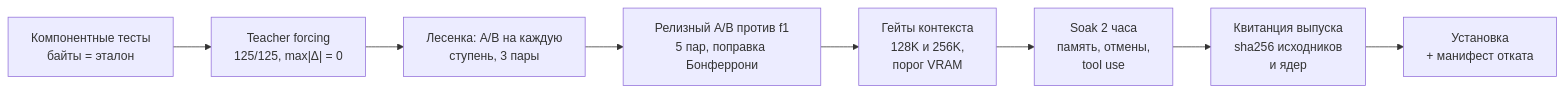
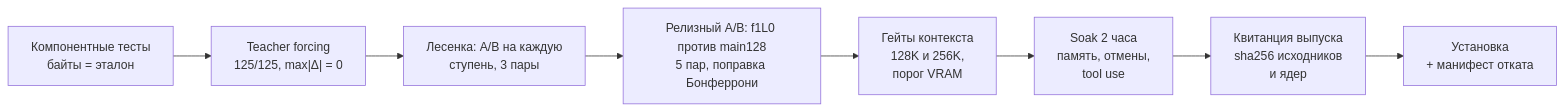
Before and after one commit to SUKUNA-AI/qwen36-moe-16gb: the fourth of 4 diagrams in README.md, drawn with Mermaid. The commit also changed other lines of this file and 15 other files, not shown here.

````diff
--- a/README.md
+++ b/README.md
@@ -542,10 +609,10 @@
 ```mermaid
 flowchart LR
     k["Компонентные тесты<br/>байты = эталон"] --> tf["Teacher forcing<br/>125/125, max|Δ| = 0"]
     tf --> lad["Лесенка: A/B на каждую<br/>ступень, 3 пары"]
-    lad --> ab["Релизный A/B против f1<br/>5 пар, поправка Бонферрони"]
+    lad --> ab["Релизный A/B: f1L0 против main128<br/>5 пар, поправка Бонферрони"]
     ab --> gates["Гейты контекста<br/>128K и 256K,<br/>порог VRAM"]
     gates --> soak["Soak 2 часа<br/>память, отмены,<br/>tool use"]
     soak --> rel["Квитанция выпуска<br/>sha256 исходников<br/>и ядер"]
     rel --> inst["Установка<br/>+ манифест отката"]
 ```
````
